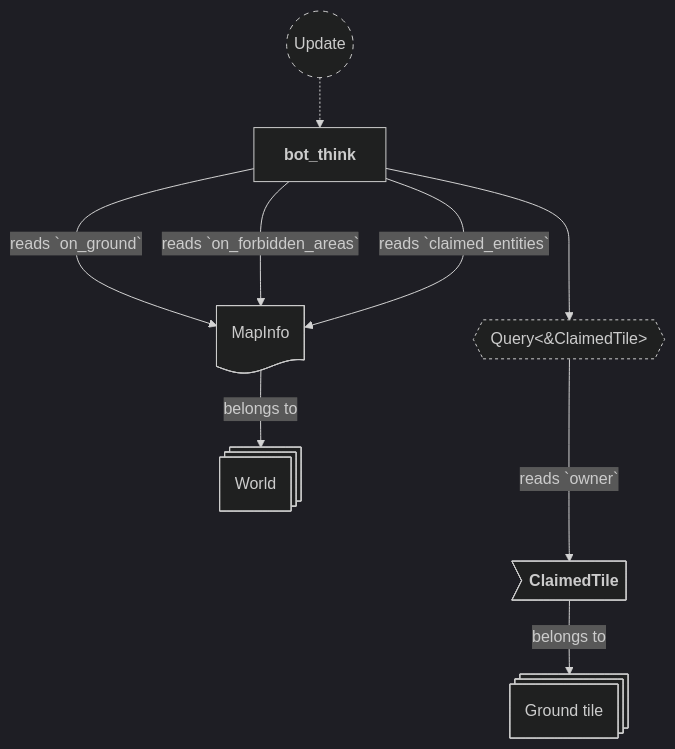
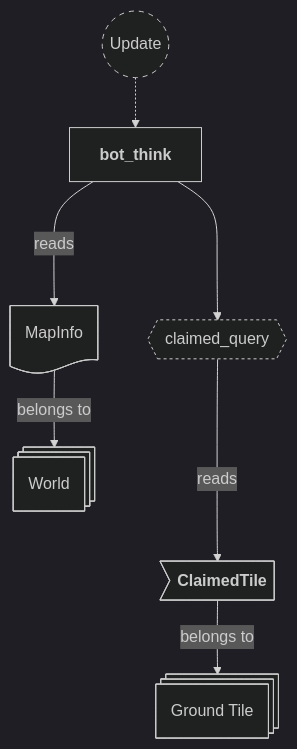
Before and after one commit to neurosoup/tyled: the eighth of 10 diagrams in backlog/docs/doc-20 - 018-Bot-plugin.md, drawn with Mermaid. The commit also changed other lines of this file, not shown here.

Commit message:
Docs: update doc-20 bot plugin to code and simplify text

````diff
--- a/backlog/docs/doc-20 - 018-Bot-plugin.md
+++ b/backlog/docs/doc-20 - 018-Bot-plugin.md
@@ -276,30 +327,28 @@
 ```mermaid
 ---
 config:
   theme: dark
 ---
 
 flowchart TD
 classDef system-group stroke-dasharray: 5 5
 classDef query stroke-dasharray: 3 3
 
 update(("`Update`")):::system-group
 bot_think["`**bot_think**`"]
 
 update -.-> bot_think
 
-claimed_query{{"Query#60;#38;ClaimedTile#62;"}}:::query
+claimed_query{{"`claimed_query`"}}:::query
 bot_think ---> claimed_query
 
-tile_entity@{ shape: st-rect, label: "Ground tile" }
+tile_entity@{ shape: st-rect, label: "Ground Tile" }
 te_claimed>"`**ClaimedTile**`"] --> |belongs to| tile_entity
-claimed_query ---> |reads `owner`| te_claimed
+claimed_query ---> |reads| te_claimed
 
 world@{ shape: st-rect, label: "World" }
 map_info_res@{ shape: doc, label: "MapInfo" }
 map_info_res --> |belongs to| world
 
-bot_think ---> |reads `on_ground`| map_info_res
-bot_think ---> |reads `on_forbidden_areas`| map_info_res
-bot_think ---> |reads `claimed_entities`| map_info_res
+bot_think ---> |reads| map_info_res
 ```
````
